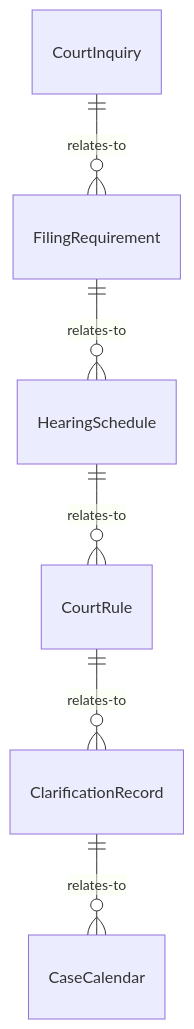
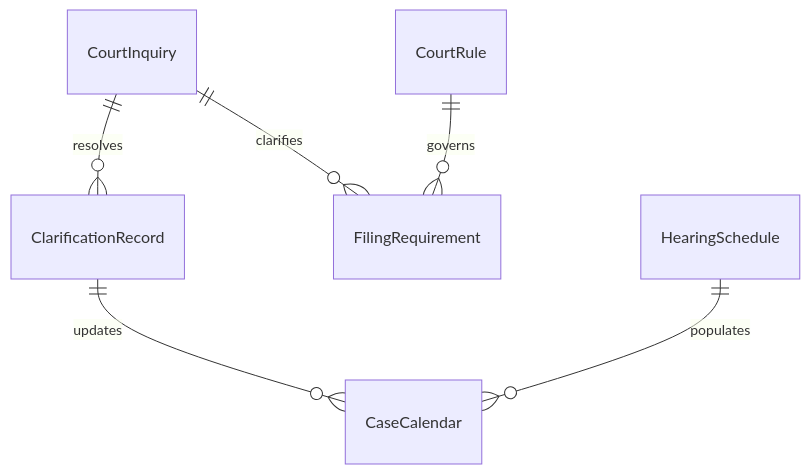
The first of 4 diagrams in CommunicatingWithSupervisorsPeersOrSubordinates/DiscussLegalMattersWithClientsDisputantsOrLegalProfessionalsOrStaff/ConferCourtStaffClarifyInformation.mdx (dot-org-ai/tasks.org.ai), drawn with Mermaid before and after one commit. The commit also changed other lines of this file and 515 other files, not shown here.

````diff
--- a/CommunicatingWithSupervisorsPeersOrSubordinates/DiscussLegalMattersWithClientsDisputantsOrLegalProfessionalsOrStaff/ConferCourtStaffClarifyInformation.mdx
+++ b/CommunicatingWithSupervisorsPeersOrSubordinates/DiscussLegalMattersWithClientsDisputantsOrLegalProfessionalsOrStaff/ConferCourtStaffClarifyInformation.mdx
@@ -87,8 +87,8 @@
 ```mermaid
 erDiagram
-    CourtInquiry ||--o{ FilingRequirement : relates-to
-    FilingRequirement ||--o{ HearingSchedule : relates-to
-    HearingSchedule ||--o{ CourtRule : relates-to
-    CourtRule ||--o{ ClarificationRecord : relates-to
-    ClarificationRecord ||--o{ CaseCalendar : relates-to
+    CourtInquiry ||--o{ ClarificationRecord : resolves
+    CourtInquiry ||--o{ FilingRequirement : clarifies
+    CourtRule ||--o{ FilingRequirement : governs
+    HearingSchedule ||--o{ CaseCalendar : populates
+    ClarificationRecord ||--o{ CaseCalendar : updates
 ```
````
